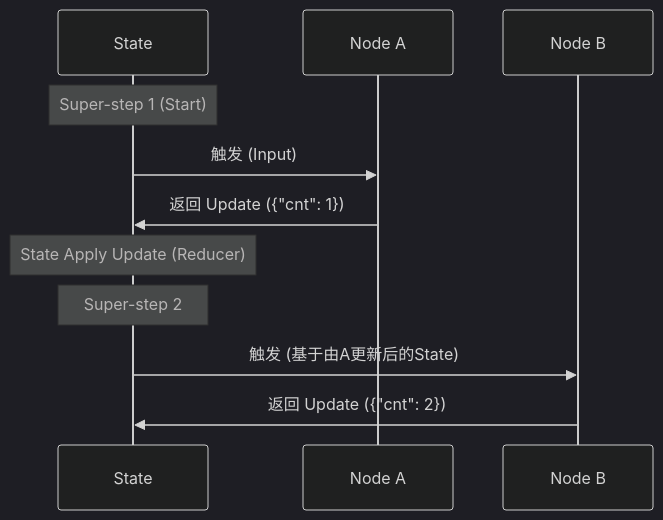
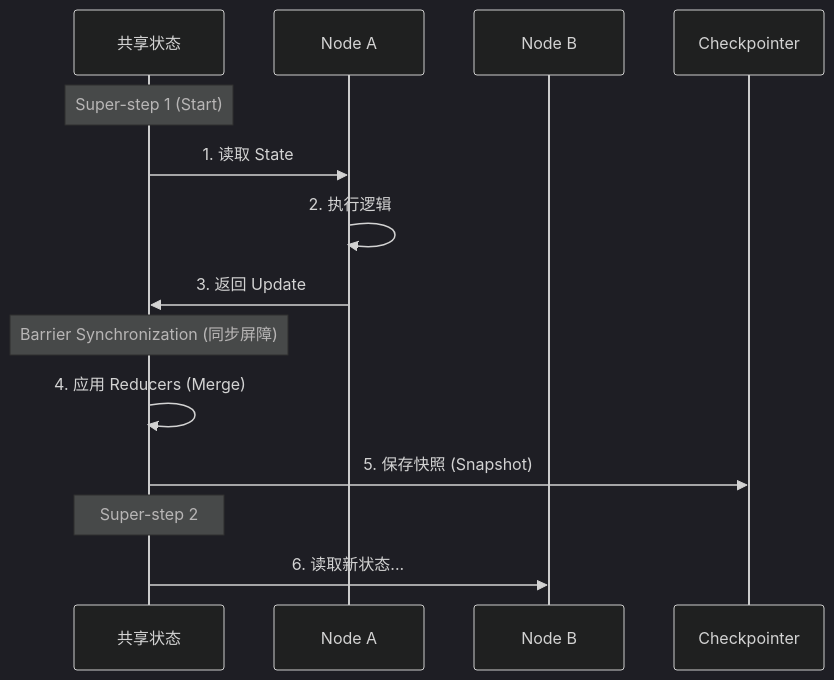
Before and after one commit to LordFoxFairy/NiKo-NoteBook: the diagram in LangChain笔记/第三篇 LangGraph 深入.md, drawn with Mermaid (dark theme). The commit also changed other lines of this file and 28 other files, not shown here.

````diff
--- a/LangChain笔记/第三篇 LangGraph 深入.md
+++ b/LangChain笔记/第三篇 LangGraph 深入.md
@@ -26,16 +38,18 @@
 ```mermaid
 sequenceDiagram
-    participant State
-    participant Node A
-    participant Node B
+    participant State as 共享状态
+    participant Node_A as Node A
+    participant Node_B as Node B
 
     Note over State: Super-step 1 (Start)
-    State->>Node A: 触发 (Input)
-    Node A->>State: 返回 Update ({"cnt": 1})
+    State->>Node_A: 1. 读取 State
+    Node_A->>Node_A: 2. 执行逻辑
+    Node_A->>State: 3. 返回 Update
 
-    Note over State: State Apply Update (Reducer)
+    Note over State: Barrier Synchronization (同步屏障)
+    State->>State: 4. 应用 Reducers (Merge)
+    State->>Checkpointer: 5. 保存快照 (Snapshot)
 
     Note over State: Super-step 2
-    State->>Node B: 触发 (基于由A更新后的State)
-    Node B->>State: 返回 Update ({"cnt": 2})
+    State->>Node_B: 6. 读取新状态...
 ```
````
